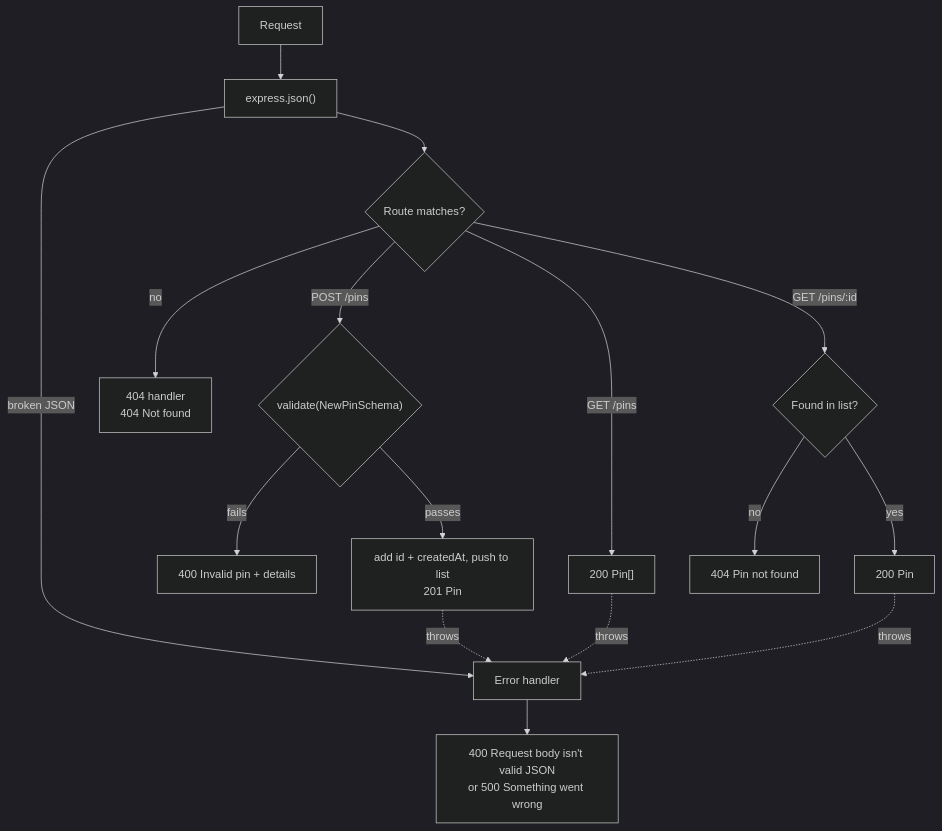
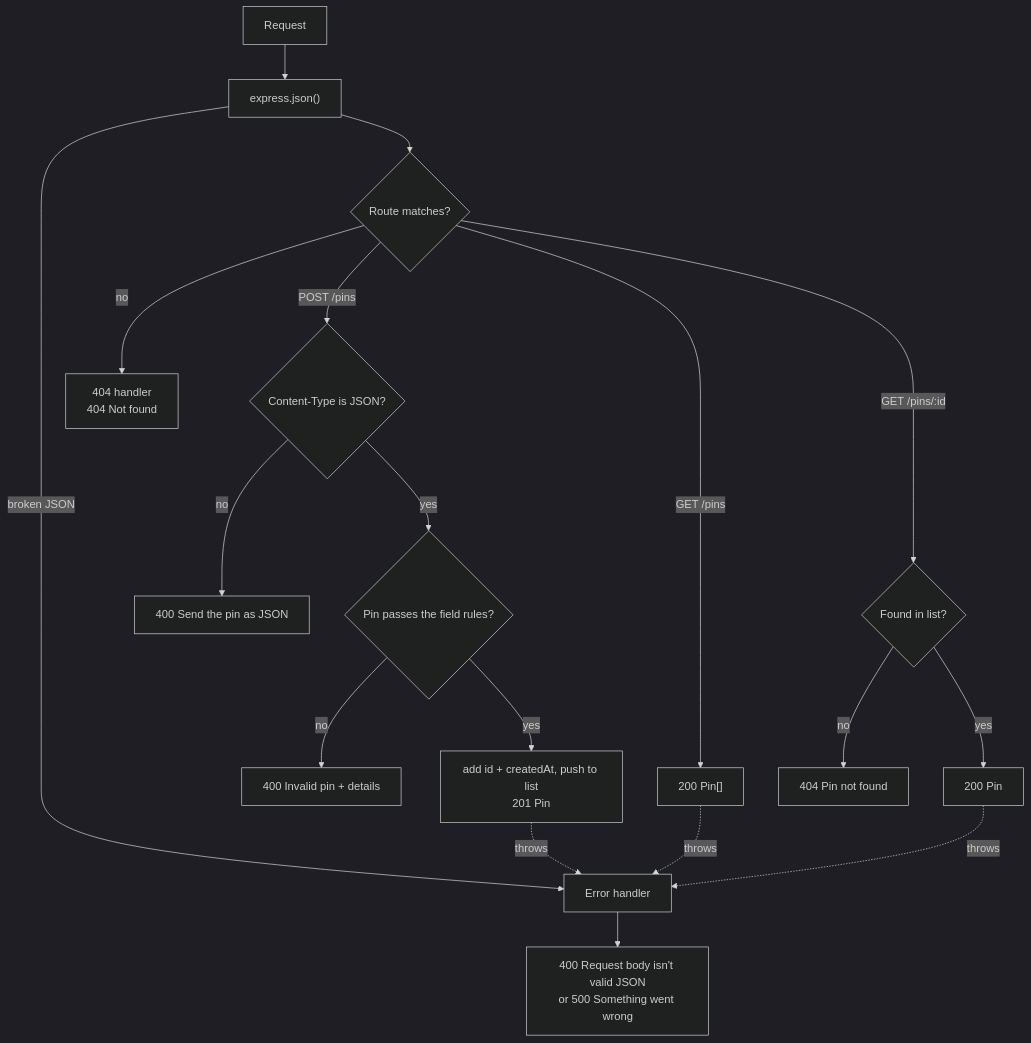
One commit to rachelwong/mister_rogers changed the diagram in docs/plans/phase-1-step-2-create-and-read-pins.md. Above: the diagram before and after it, drawn with Mermaid (dark theme). The commit also changed other lines of this file, not shown here.

````diff
--- a/docs/plans/phase-1-step-2-create-and-read-pins.md
+++ b/docs/plans/phase-1-step-2-create-and-read-pins.md
@@ -81,18 +59,20 @@
 ```mermaid
 flowchart TD
   A[Request] --> B["express.json()"]
   B -- broken JSON --> X[Error handler]
   B --> C{Route matches?}
   C -- no --> N["404 handler<br/>404 Not found"]
-  C -- "POST /pins" --> V{"validate(NewPinSchema)"}
-  V -- fails --> E1["400 Invalid pin + details"]
-  V -- passes --> P["add id + createdAt, push to list<br/>201 Pin"]
+  C -- "POST /pins" --> J{"Content-Type is JSON?"}
+  J -- no --> E0["400 Send the pin as JSON"]
+  J -- yes --> V{"Pin passes the field rules?"}
+  V -- no --> E1["400 Invalid pin + details"]
+  V -- yes --> P["add id + createdAt, push to list<br/>201 Pin"]
   C -- "GET /pins" --> L["200 Pin[]"]
   C -- "GET /pins/:id" --> F{Found in list?}
   F -- no --> E2["404 Pin not found"]
   F -- yes --> G["200 Pin"]
   P -. throws .-> X
   L -. throws .-> X
   G -. throws .-> X
   X --> X1["400 Request body isn't valid JSON<br/>or 500 Something went wrong"]
 ```
````
